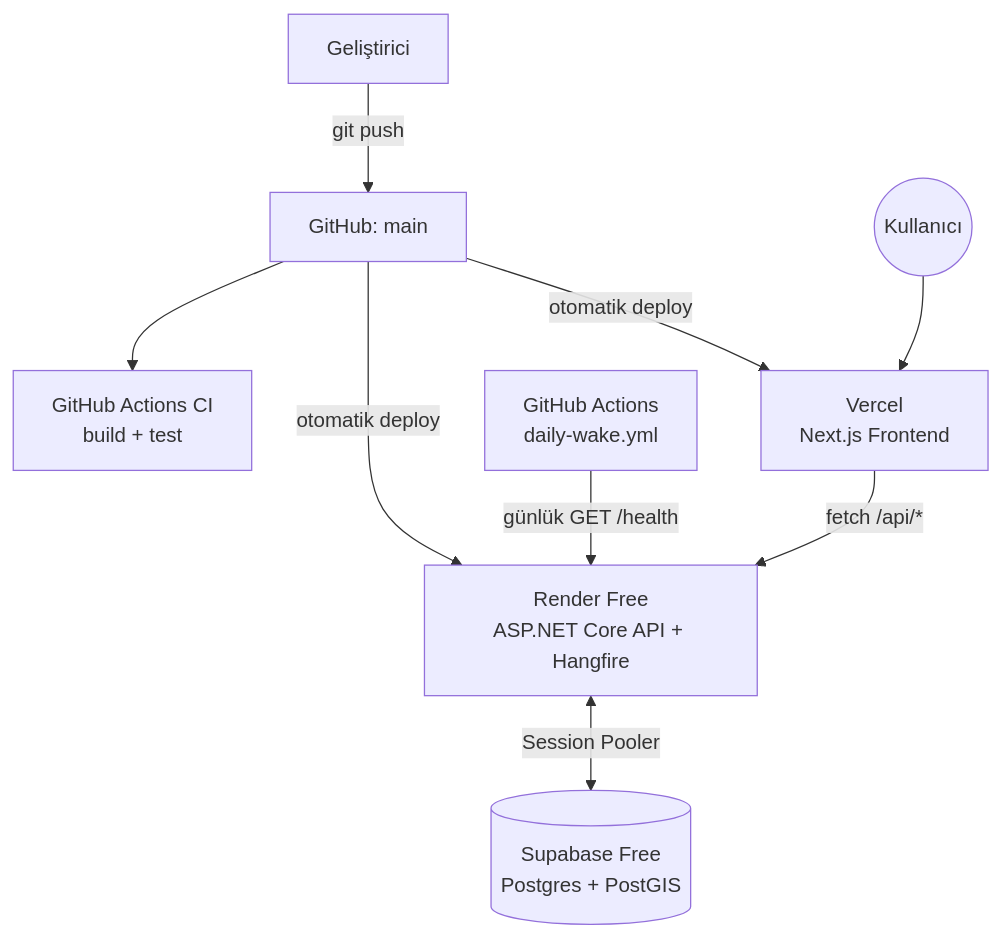
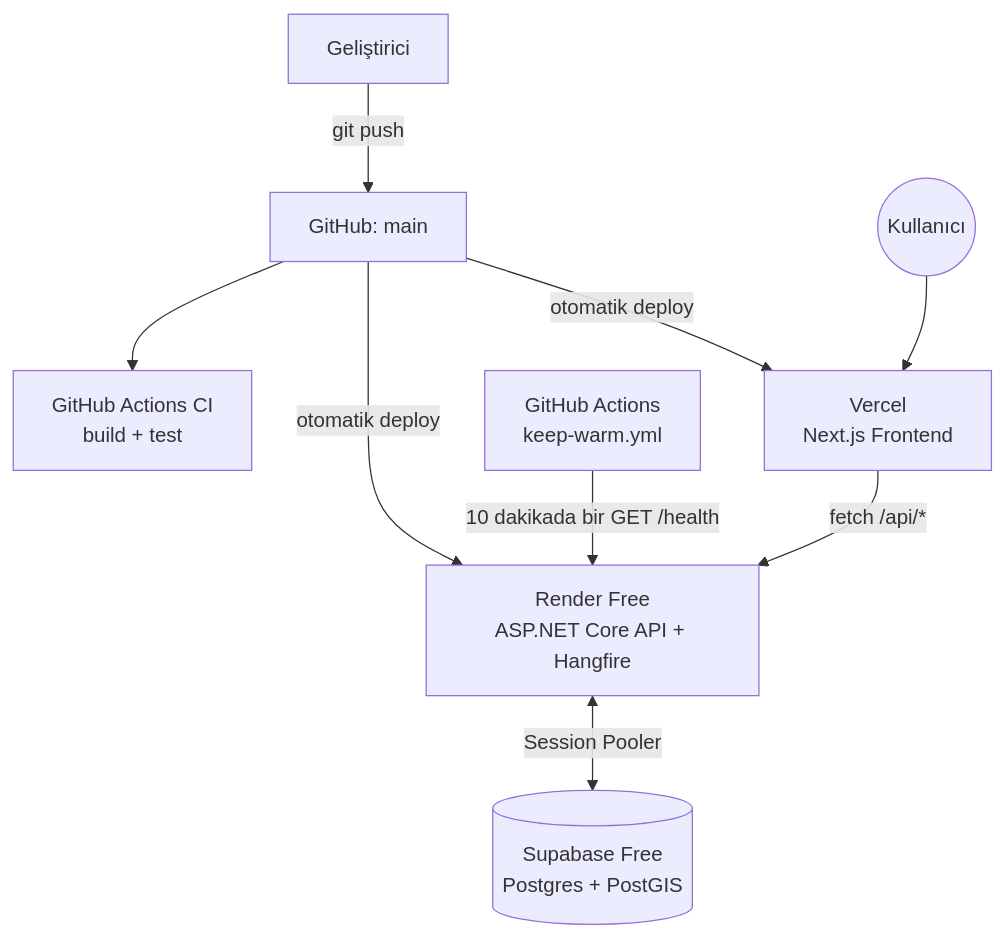
One commit to mehmetoya/SemtSkoru changed the second of 2 diagrams in README.md. Above: the diagram before and after it, drawn with Mermaid. The commit also changed other lines of this file and 9 other files, not shown here.

````diff
--- a/README.md
+++ b/README.md
@@ -161,11 +161,11 @@
 ```mermaid
 flowchart TB
     DEV["Geliştirici"] -->|"git push"| GH["GitHub: main"]
     GH --> CI["GitHub Actions CI<br/>build + test"]
     GH -->|"otomatik deploy"| VERCEL["Vercel<br/>Next.js Frontend"]
     GH -->|"otomatik deploy"| RENDER["Render Free<br/>ASP.NET Core API + Hangfire"]
     RENDER <-->|"Session Pooler"| SUPABASE[("Supabase Free<br/>Postgres + PostGIS")]
-    CRON["GitHub Actions<br/>daily-wake.yml"] -->|"günlük GET /health"| RENDER
+    CRON["GitHub Actions<br/>keep-warm.yml"] -->|"10 dakikada bir GET /health"| RENDER
     VERCEL -->|"fetch /api/*"| RENDER
     KULLANICI((Kullanıcı)) --> VERCEL
 ```
````
